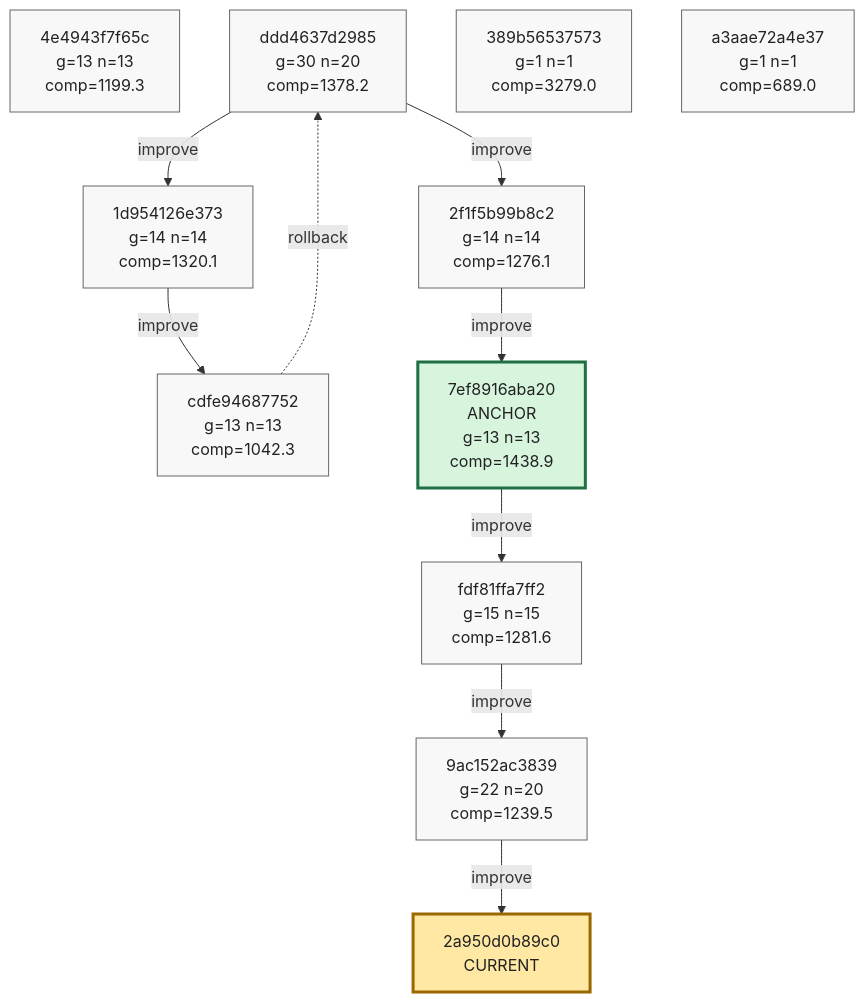
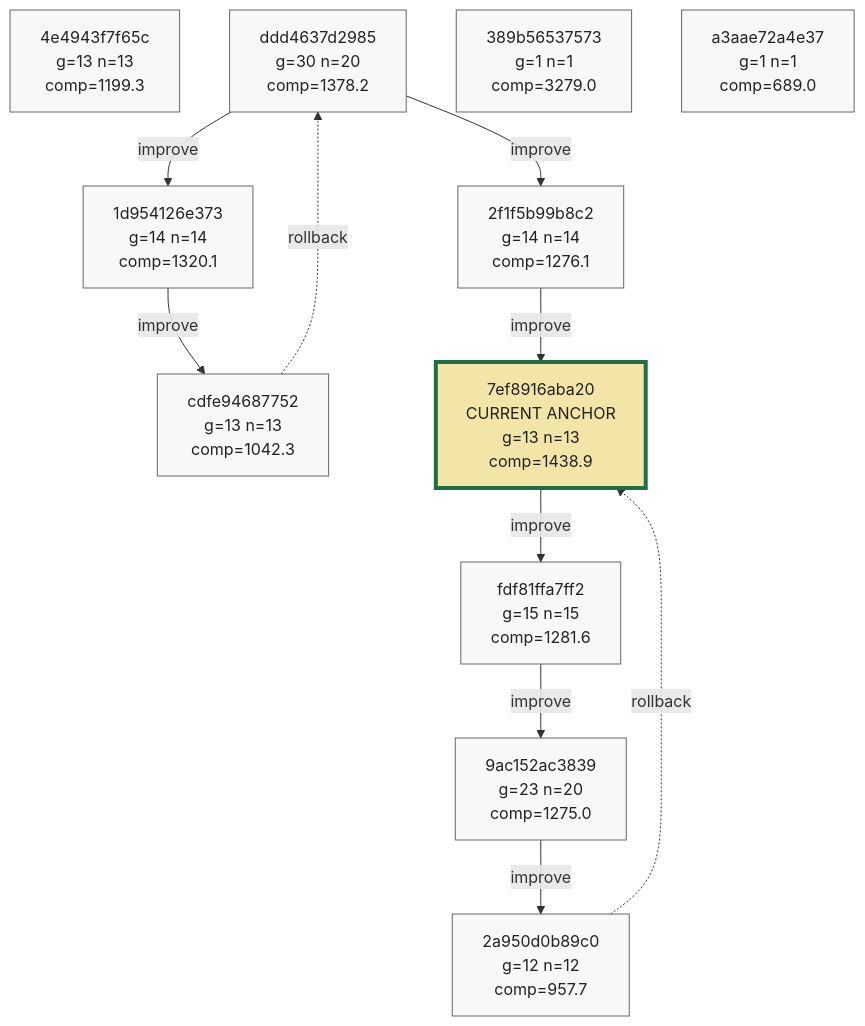
The ninth of 9 diagrams in phyrogenetic-tree.md (azumag/soviet_now), drawn with Mermaid before and after one commit. The commit also changed other lines of this file and 2 other files, not shown here.

````diff
--- a/phyrogenetic-tree.md
+++ b/phyrogenetic-tree.md
@@ -2233,40 +2234,41 @@
 ```mermaid
 flowchart TD
     h_4e4943f7f65c["4e4943f7f65c<br/>g=13 n=13<br/>comp=1199.3"]
     h_ddd4637d2985["ddd4637d2985<br/>g=30 n=20<br/>comp=1378.2"]
     h_1d954126e373["1d954126e373<br/>g=14 n=14<br/>comp=1320.1"]
     h_cdfe94687752["cdfe94687752<br/>g=13 n=13<br/>comp=1042.3"]
     h_2f1f5b99b8c2["2f1f5b99b8c2<br/>g=14 n=14<br/>comp=1276.1"]
-    h_7ef8916aba20["7ef8916aba20<br/>ANCHOR<br/>g=13 n=13<br/>comp=1438.9"]
+    h_7ef8916aba20["7ef8916aba20<br/>CURRENT ANCHOR<br/>g=13 n=13<br/>comp=1438.9"]
     h_fdf81ffa7ff2["fdf81ffa7ff2<br/>g=15 n=15<br/>comp=1281.6"]
-    h_9ac152ac3839["9ac152ac3839<br/>g=22 n=20<br/>comp=1239.5"]
+    h_9ac152ac3839["9ac152ac3839<br/>g=23 n=20<br/>comp=1275.0"]
+    h_2a950d0b89c0["2a950d0b89c0<br/>g=12 n=12<br/>comp=957.7"]
     h_389b56537573["389b56537573<br/>g=1 n=1<br/>comp=3279.0"]
     h_a3aae72a4e37["a3aae72a4e37<br/>g=1 n=1<br/>comp=689.0"]
-    h_2a950d0b89c0["2a950d0b89c0<br/>CURRENT"]
 
     h_ddd4637d2985 -->|improve| h_1d954126e373
     h_1d954126e373 -->|improve| h_cdfe94687752
     h_cdfe94687752 -. rollback .-> h_ddd4637d2985
     h_ddd4637d2985 -->|improve| h_2f1f5b99b8c2
     h_2f1f5b99b8c2 -->|improve| h_7ef8916aba20
     h_7ef8916aba20 -->|improve| h_fdf81ffa7ff2
     h_fdf81ffa7ff2 -->|improve| h_9ac152ac3839
     h_9ac152ac3839 -->|improve| h_2a950d0b89c0
+    h_2a950d0b89c0 -. rollback .-> h_7ef8916aba20
 
     classDef plain fill:#f8f8f8,stroke:#666,stroke-width:1px,color:#222;
     classDef current fill:#ffe8a3,stroke:#9a6700,stroke-width:3px,color:#222;
     classDef anchor fill:#d7f5dd,stroke:#1f6f43,stroke-width:3px,color:#222;
     classDef current_anchor fill:#f3e4a8,stroke:#1f6f43,stroke-width:4px,color:#222;
 
     class h_4e4943f7f65c plain;
     class h_ddd4637d2985 plain;
     class h_1d954126e373 plain;
     class h_cdfe94687752 plain;
     class h_2f1f5b99b8c2 plain;
-    class h_7ef8916aba20 anchor;
+    class h_7ef8916aba20 current_anchor;
     class h_fdf81ffa7ff2 plain;
     class h_9ac152ac3839 plain;
+    class h_2a950d0b89c0 plain;
     class h_389b56537573 plain;
     class h_a3aae72a4e37 plain;
-    class h_2a950d0b89c0 current;
 ```
````
